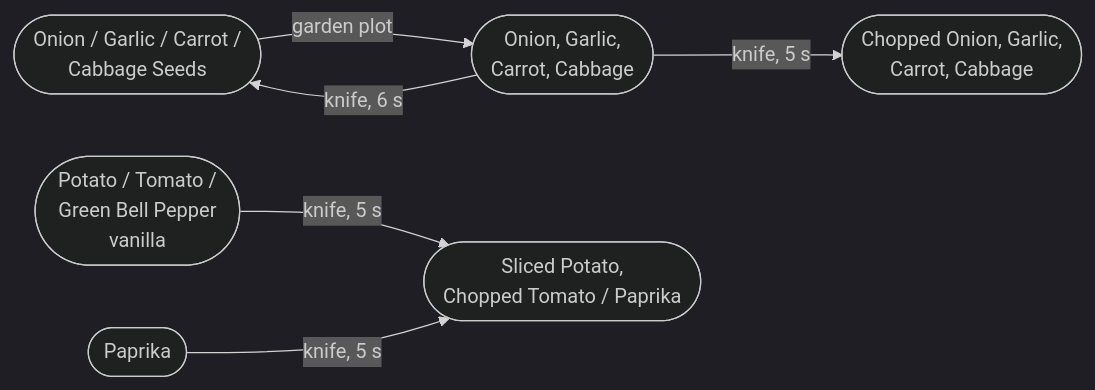
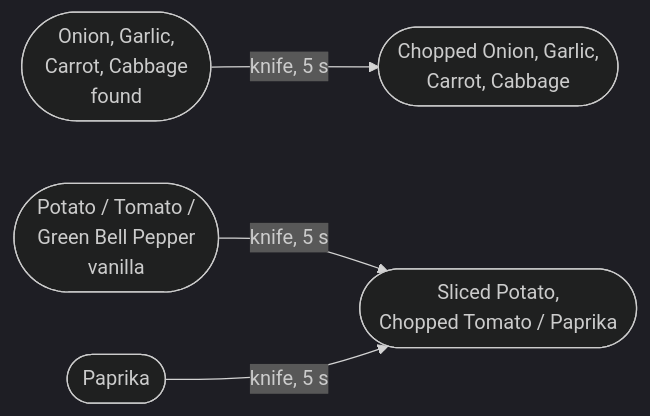
One commit to Psyern/Psyerns_ChefZ changed the seventh of 13 diagrams in ChefZ_Wiki/Production-Chains.md. Above: the diagram before and after it, drawn with Mermaid (dark theme). The commit also changed other lines of this file and 31 other files, not shown here.

````diff
--- a/ChefZ_Wiki/Production-Chains.md
+++ b/ChefZ_Wiki/Production-Chains.md
@@ -186,8 +187,7 @@
 ```mermaid
 graph LR
-  SE(["Onion / Garlic / Carrot /<br/>Cabbage Seeds"]) -->|"garden plot"| V(["Onion, Garlic,<br/>Carrot, Cabbage"])
-  V -->|"knife, 6 s"| SE
+  V(["Onion, Garlic,<br/>Carrot, Cabbage<br/>found"])
   V -->|"knife, 5 s"| CH(["Chopped Onion, Garlic,<br/>Carrot, Cabbage"])
   PT(["Potato / Tomato /<br/>Green Bell Pepper<br/>vanilla"]) -->|"knife, 5 s"| CP(["Sliced Potato,<br/>Chopped Tomato / Paprika"])
   PK(["Paprika"]) -->|"knife, 5 s"| CP
 ```
````
